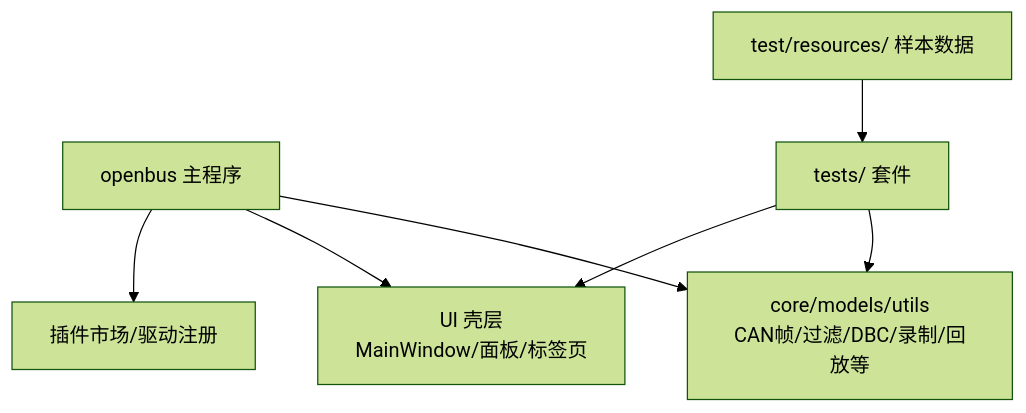
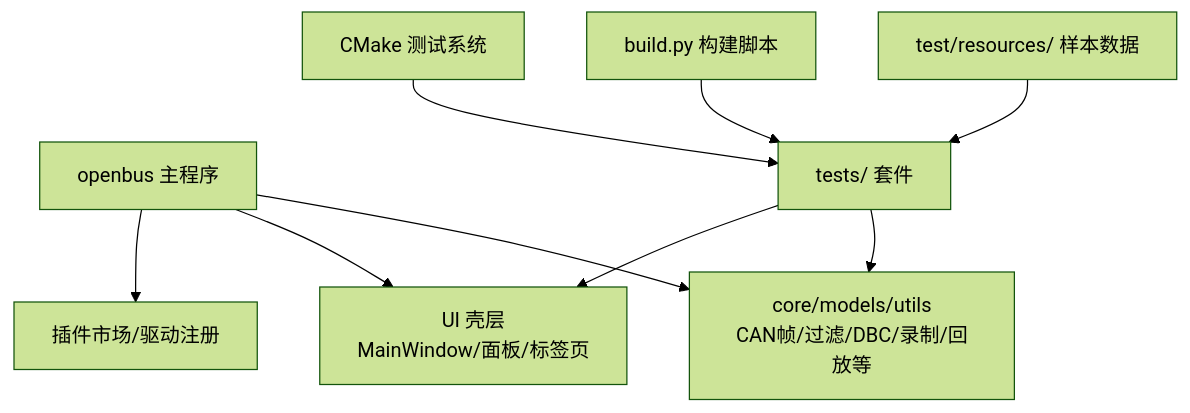
One commit to jakecai1225-design/OpenBus changed the first of 7 diagrams in .qoder/repowiki/zh/content/开发指南/测试策略文档.md. Above: the diagram before and after it, drawn with Mermaid (forest theme). The commit also changed other lines of this file and 4 other files, not shown here.

````diff
--- a/.qoder/repowiki/zh/content/开发指南/测试策略文档.md
+++ b/.qoder/repowiki/zh/content/开发指南/测试策略文档.md
@@ -33,9 +44,11 @@
 ```mermaid
 graph TB
 A["openbus 主程序"] --> B["core/models/utils<br/>CAN帧/过滤/DBC/录制/回放等"]
 A --> C["UI 壳层<br/>MainWindow/面板/标签页"]
 A --> D["插件市场/驱动注册"]
 E["tests/ 套件"] --> B
 E --> C
 F["test/resources/ 样本数据"] --> E
+G["build.py 构建脚本"] --> E
+H["CMake 测试系统"] --> E
 ```
````
